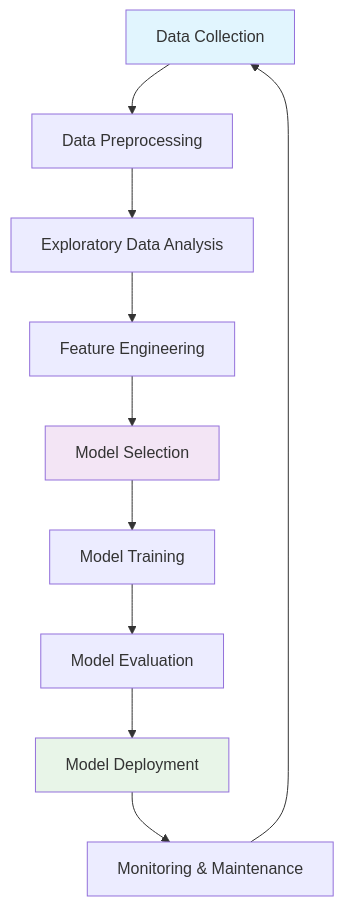
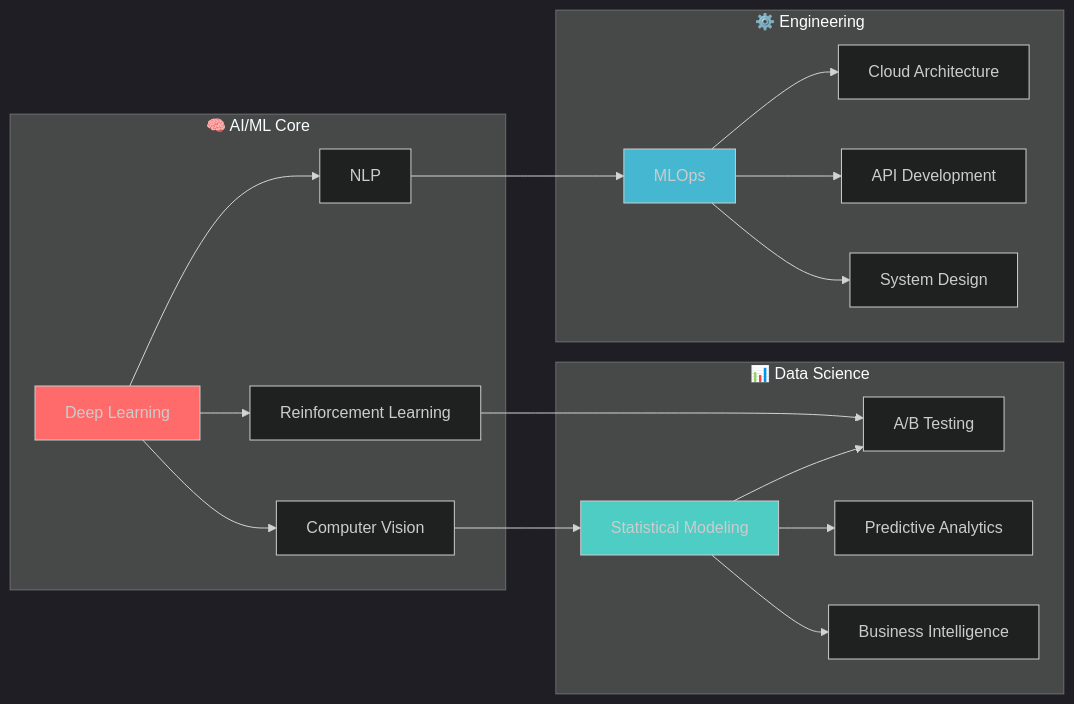
One commit to FestusMatsitsa/FestusMatsitsa changed the diagram in README.md. Above: the diagram before and after it, drawn with Mermaid. The commit also changed other lines of this file, not shown here.

````diff
--- a/README.md
+++ b/README.md
@@ -202,16 +135,29 @@
 ```mermaid
-graph TD
-    A[Data Collection] --> B[Data Preprocessing]
-    B --> C[Exploratory Data Analysis]
-    C --> D[Feature Engineering]
-    D --> E[Model Selection]
-    E --> F[Model Training]
-    F --> G[Model Evaluation]
-    G --> H[Model Deployment]
-    H --> I[Monitoring & Maintenance]
-    I --> A
+%%{init: {'theme':'dark'}}%%
+graph LR
+    subgraph "🧠 AI/ML Core"
+        A[Deep Learning] --> B[Computer Vision]
+        A --> C[NLP]
+        A --> D[Reinforcement Learning]
+    end
     
-    style A fill:#e1f5fe
-    style E fill:#f3e5f5
-    style H fill:#e8f5e8
+    subgraph "📊 Data Science"
+        E[Statistical Modeling] --> F[A/B Testing]
+        E --> G[Predictive Analytics]
+        E --> H[Business Intelligence]
+    end
+    
+    subgraph "⚙️ Engineering"
+        I[MLOps] --> J[Cloud Architecture]
+        I --> K[API Development]
+        I --> L[System Design]
+    end
+    
+    B --> E
+    C --> I
+    D --> F
+    
+    style A fill:#FF6B6B
+    style E fill:#4ECDC4
+    style I fill:#45B7D1
 ```
````
